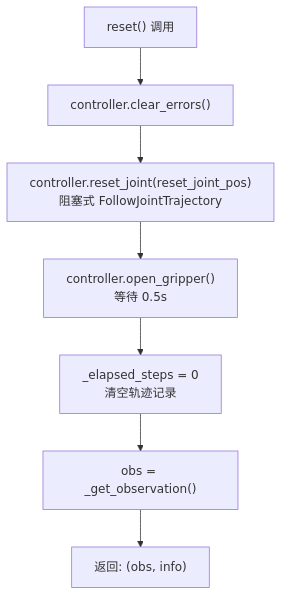
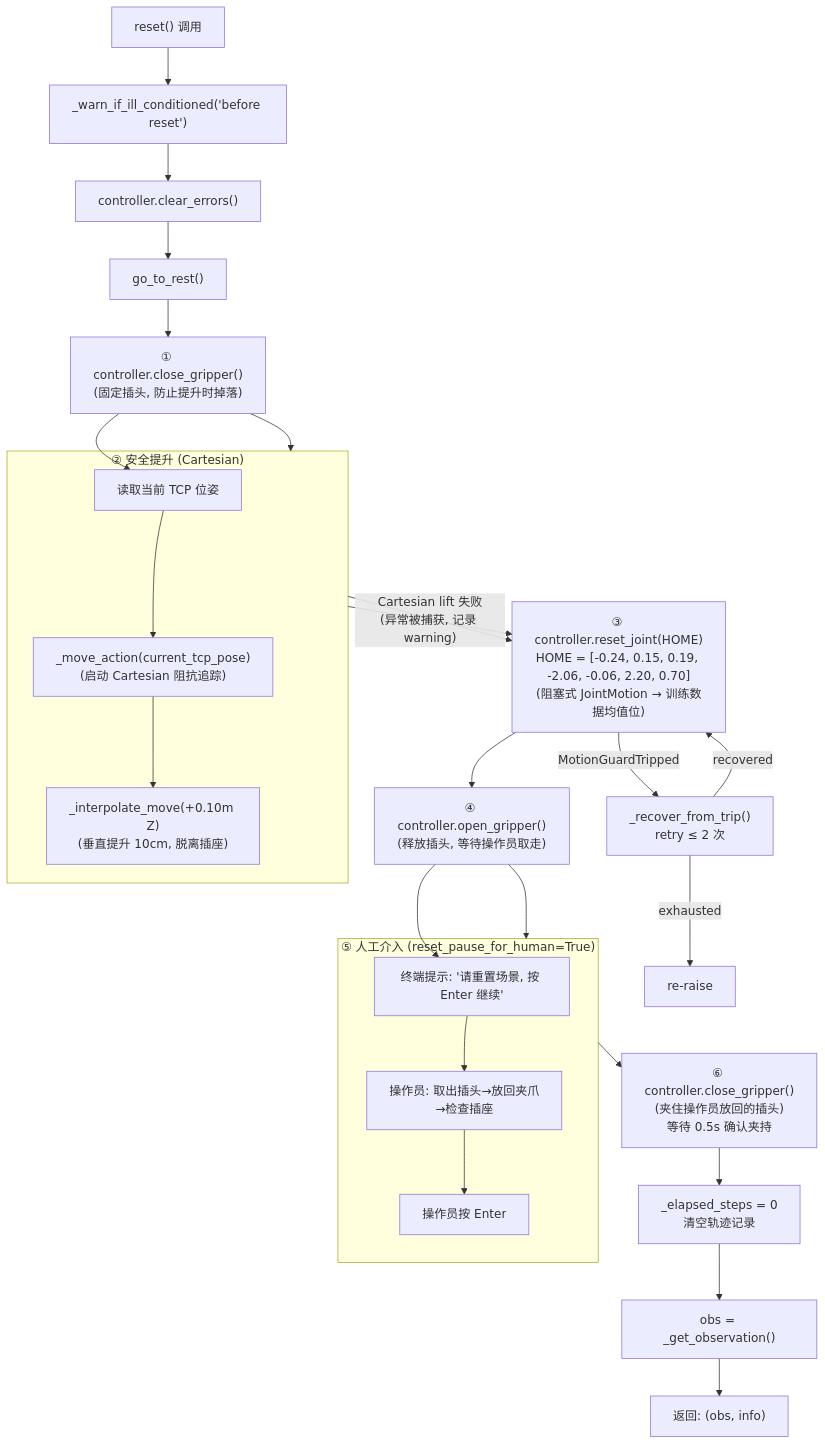
One commit to Avant-US/RLinf changed the sixth of 14 diagrams in b/d/frk1/4wvla_rlinf_eval_2.md. Above: the diagram before and after it, drawn with Mermaid. The commit also changed other lines of this file and 14 other files, not shown here.

````diff
--- a/b/d/frk1/4wvla_rlinf_eval_2.md
+++ b/b/d/frk1/4wvla_rlinf_eval_2.md
@@ -413,10 +753,36 @@
 ```mermaid
 flowchart TD
-    RESET_START["reset() 调用"] --> CLEAR
-    CLEAR["controller.clear_errors()"] --> MOVE_HOME
-    MOVE_HOME["controller.reset_joint(reset_joint_pos)<br/>阻塞式 FollowJointTrajectory"] --> OPEN
-    OPEN["controller.open_gripper()<br/>等待 0.5s"] --> INIT
+    RESET["reset() 调用"] --> COND
+    COND["_warn_if_ill_conditioned('before reset')"] --> CLEAR
+    CLEAR["controller.clear_errors()"] --> GTR
+    GTR["go_to_rest()"] --> CLOSE_G
+    CLOSE_G["① controller.close_gripper()<br/>(固定插头, 防止提升时掉落)"] --> LIFT
+
+    subgraph LIFT_SUB ["② 安全提升 (Cartesian)"]
+        LIFT["读取当前 TCP 位姿"] --> IMP["_move_action(current_tcp_pose)<br/>(启动 Cartesian 阻抗追踪)"]
+        IMP --> INTERP["_interpolate_move(+0.10m Z)<br/>(垂直提升 10cm, 脱离插座)"]
+    end
+
+    CLOSE_G --> LIFT_SUB
+    LIFT_SUB --> MOVE_HOME
+    MOVE_HOME["③ controller.reset_joint(HOME)<br/>HOME = [-0.24, 0.15, 0.19, -2.06, -0.06, 2.20, 0.70]<br/>(阻塞式 JointMotion → 训练数据均值位)"] --> OPEN
+    OPEN["④ controller.open_gripper()<br/>(释放插头, 等待操作员取走)"] --> HUMAN
+
+    subgraph HUMAN_SUB ["⑤ 人工介入 (reset_pause_for_human=True)"]
+        HUMAN["终端提示: '请重置场景, 按 Enter 继续'"] --> WAIT["操作员: 取出插头→放回夹爪→检查插座"]
+        WAIT --> ENTER["操作员按 Enter"]
+    end
+
+    OPEN --> HUMAN_SUB
+    HUMAN_SUB --> REGRASP
+    REGRASP["⑥ controller.close_gripper()<br/>(夹住操作员放回的插头)<br/>等待 0.5s 确认夹持"] --> INIT
+
     INIT["_elapsed_steps = 0<br/>清空轨迹记录"] --> OBS
     OBS["obs = _get_observation()"] --> RETURN
     RETURN["返回: (obs, info)"]
+
+    LIFT_SUB -->|"Cartesian lift 失败<br/>(异常被捕获, 记录 warning)"| MOVE_HOME
+    MOVE_HOME -->|"MotionGuardTripped"| TRIP_RESET
+    TRIP_RESET["_recover_from_trip()<br/>retry ≤ 2 次"] -->|"recovered"| MOVE_HOME
+    TRIP_RESET -->|"exhausted"| RAISE["re-raise"]
 ```
````
